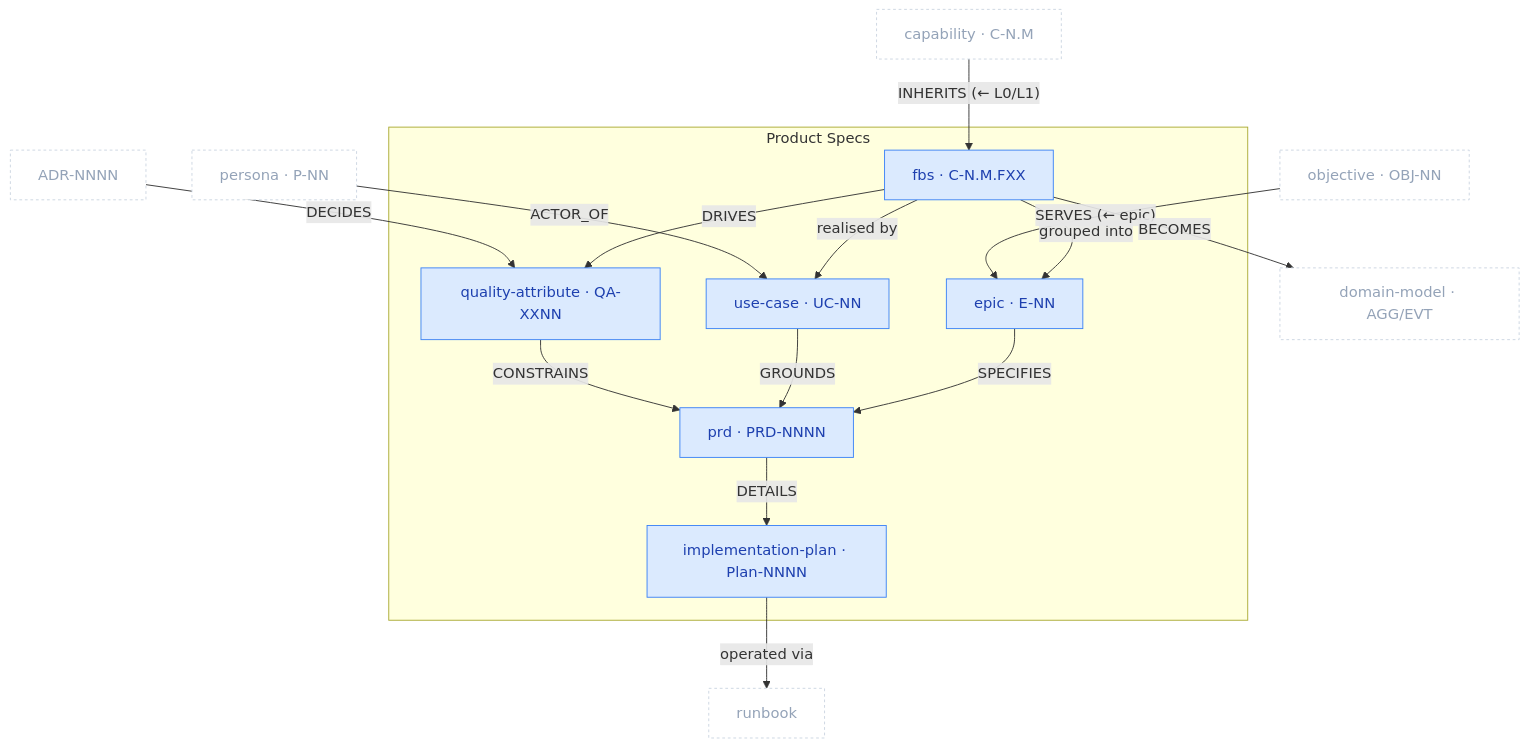
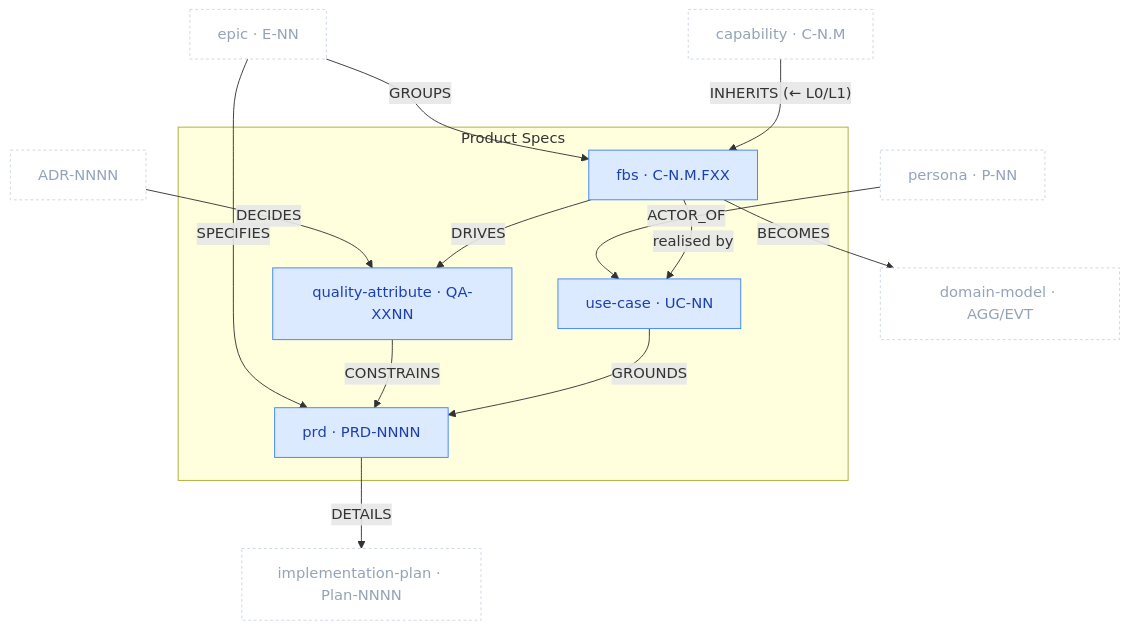
The diagram in docs/metamodel/packages/product-specs.md (VictorHueni/clew), drawn with Mermaid before and after one commit. The commit also changed other lines of this file and 8 other files, not shown here.

````diff
--- a/docs/metamodel/packages/product-specs.md
+++ b/docs/metamodel/packages/product-specs.md
@@ -24,36 +26,32 @@
 ```mermaid
 flowchart TD
     classDef spec fill:#DBEAFE,stroke:#3B82F6,color:#1E40AF
     classDef ext  fill:#ffffff,stroke:#cbd5e1,color:#94a3b8,stroke-dasharray:3 3
 
     CAP["capability · C-N.M"]:::ext
     P["persona · P-NN"]:::ext
-    OBJ["objective · OBJ-NN"]:::ext
     ADR["ADR-NNNN"]:::ext
     DM["domain-model · AGG/EVT"]:::ext
-    RB["runbook"]:::ext
+    EPIC["epic · E-NN"]:::ext
+    IPLAN["implementation-plan · Plan-NNNN"]:::ext
 
     subgraph PS["Product Specs"]
         FBS["fbs · C-N.M.FXX"]:::spec
-        EPIC["epic · E-NN"]:::spec
         QA["quality-attribute · QA-XXNN"]:::spec
         UC["use-case · UC-NN"]:::spec
         PRD["prd · PRD-NNNN"]:::spec
-        PLAN["implementation-plan · Plan-NNNN"]:::spec
     end
 
-    FBS -->|"grouped into"| EPIC
     FBS -->|"realised by"| UC
     FBS -->|"DRIVES"| QA
-    EPIC -->|"SPECIFIES"| PRD
     UC -->|"GROUNDS"| PRD
     QA -->|"CONSTRAINS"| PRD
-    PRD -->|"DETAILS"| PLAN
 
     CAP -->|"INHERITS (← L0/L1)"| FBS
     P -->|"ACTOR_OF"| UC
-    OBJ -->|"SERVES (← epic)"| EPIC
     ADR -->|"DECIDES"| QA
     FBS -->|"BECOMES"| DM
-    PLAN -->|"operated via"| RB
+    EPIC -->|"GROUPS"| FBS
+    EPIC -->|"SPECIFIES"| PRD
+    PRD -->|"DETAILS"| IPLAN
 ```
````
